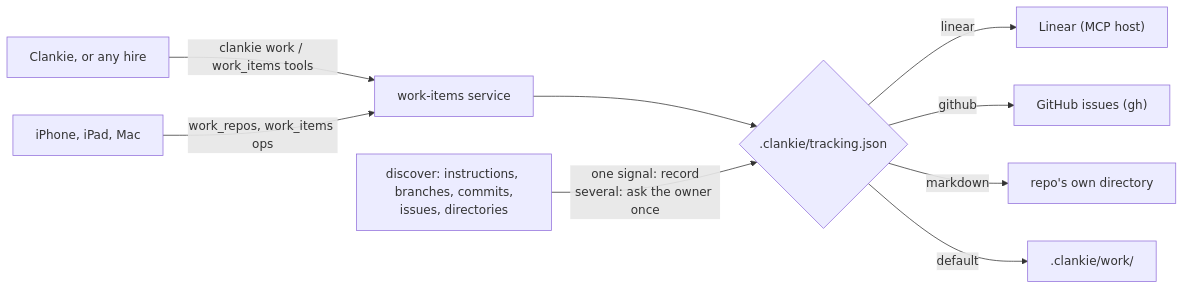
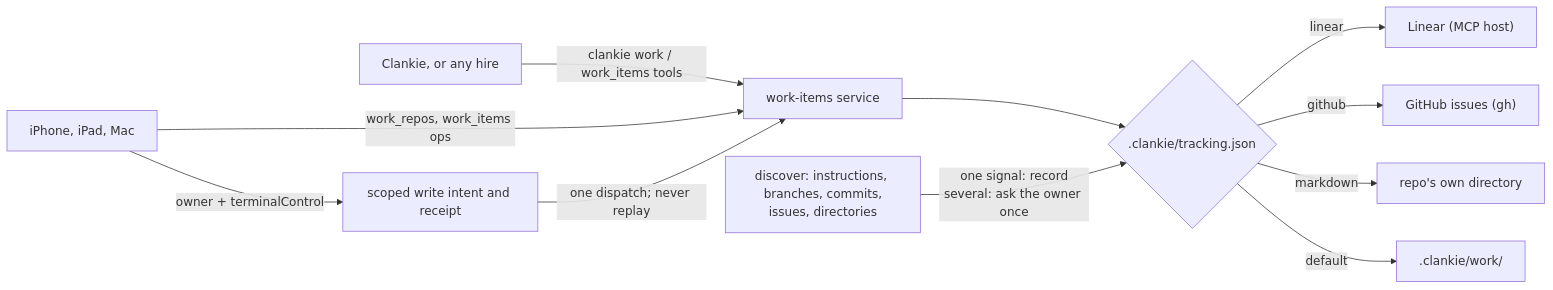
One commit to Volpestyle/clankie changed the diagram in docs/adr/0191-work-is-tracked-where-the-repo-tracks-it.md. Above: the diagram before and after it, drawn with Mermaid. The commit also changed other lines of this file and 34 other files, not shown here.

````diff
--- a/docs/adr/0191-work-is-tracked-where-the-repo-tracks-it.md
+++ b/docs/adr/0191-work-is-tracked-where-the-repo-tracks-it.md
@@ -61,11 +70,13 @@
 ```mermaid
 flowchart LR
   Agent["Clankie, or any hire"] -->|clankie work / work_items tools| Service["work-items service"]
   App["iPhone, iPad, Mac"] -->|work_repos, work_items ops| Service
+  App -->|owner + terminalControl| Intent["scoped write intent and receipt"]
+  Intent -->|one dispatch; never replay| Service
   Service --> Convention{".clankie/tracking.json"}
   Convention -->|linear| Linear["Linear (MCP host)"]
   Convention -->|github| GitHub["GitHub issues (gh)"]
   Convention -->|markdown| Dir["repo's own directory"]
   Convention -->|default| Default[".clankie/work/"]
   Discover["discover: instructions, branches, commits,<br/>issues, directories"] -->|one signal: record<br/>several: ask the owner once| Convention
 ```
````
